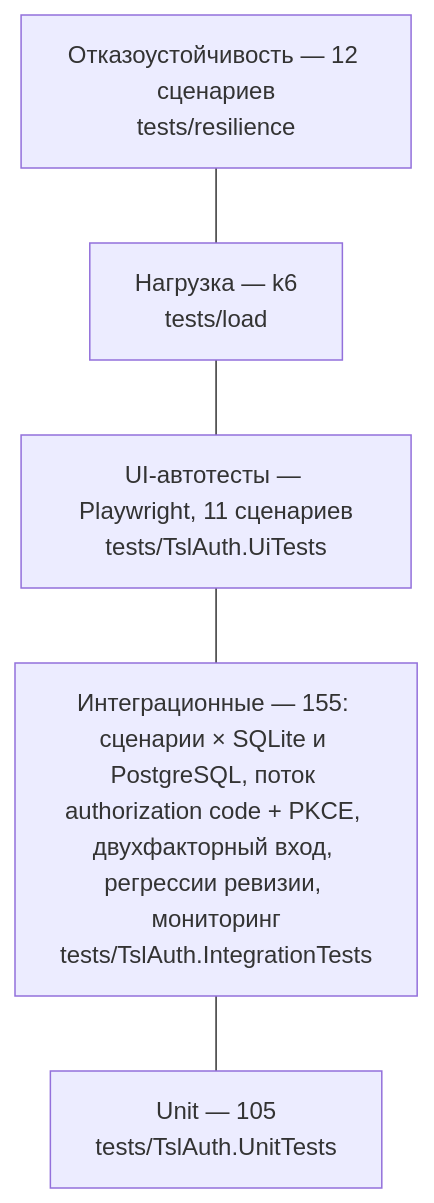
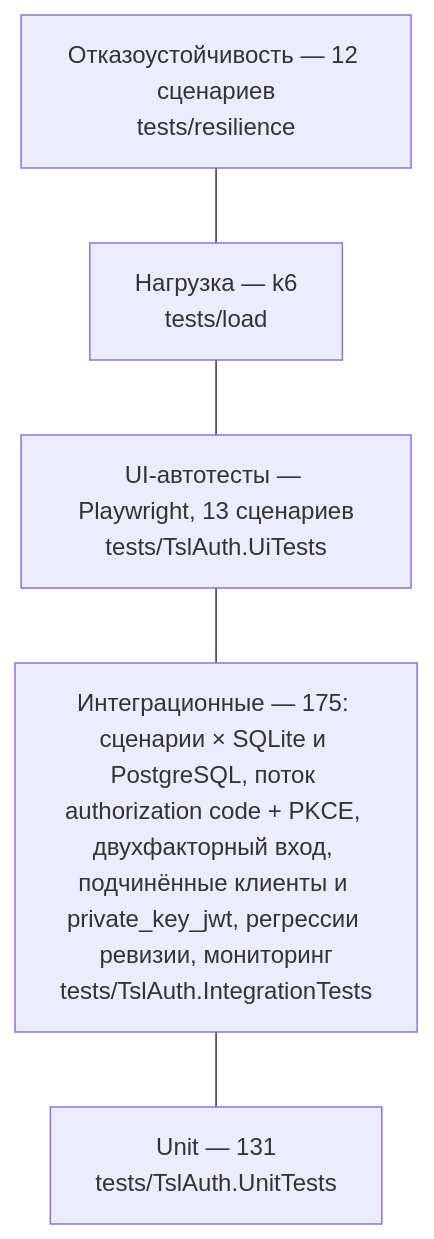
One commit to akprof2000/tsl-auth changed the diagram in docs/testing.md. Above: the diagram before and after it, drawn with Mermaid. The commit also changed other lines of this file and 66 other files, not shown here.

First line of the commit message:
Подчинённые клиенты и вход по ключу (private_key_jwt): App API /api/app/clients, политика владельца, отключение клиентов, SDK .NET и Go, версия 1.5

````diff
--- a/docs/testing.md
+++ b/docs/testing.md
@@ -7,9 +7,9 @@
 ```mermaid
 flowchart TB
     R["Отказоустойчивость — 12 сценариев<br/>tests/resilience"]
     L["Нагрузка — k6<br/>tests/load"]
-    UI["UI-автотесты — Playwright, 11 сценариев<br/>tests/TslAuth.UiTests"]
-    I["Интеграционные — 155: сценарии × SQLite и PostgreSQL, поток authorization code + PKCE, двухфакторный вход, регрессии ревизии, мониторинг<br/>tests/TslAuth.IntegrationTests"]
-    U["Unit — 105<br/>tests/TslAuth.UnitTests"]
+    UI["UI-автотесты — Playwright, 13 сценариев<br/>tests/TslAuth.UiTests"]
+    I["Интеграционные — 175: сценарии × SQLite и PostgreSQL, поток authorization code + PKCE, двухфакторный вход, подчинённые клиенты и private_key_jwt, регрессии ревизии, мониторинг<br/>tests/TslAuth.IntegrationTests"]
+    U["Unit — 131<br/>tests/TslAuth.UnitTests"]
     R --- L --- UI --- I --- U
 ```
````
